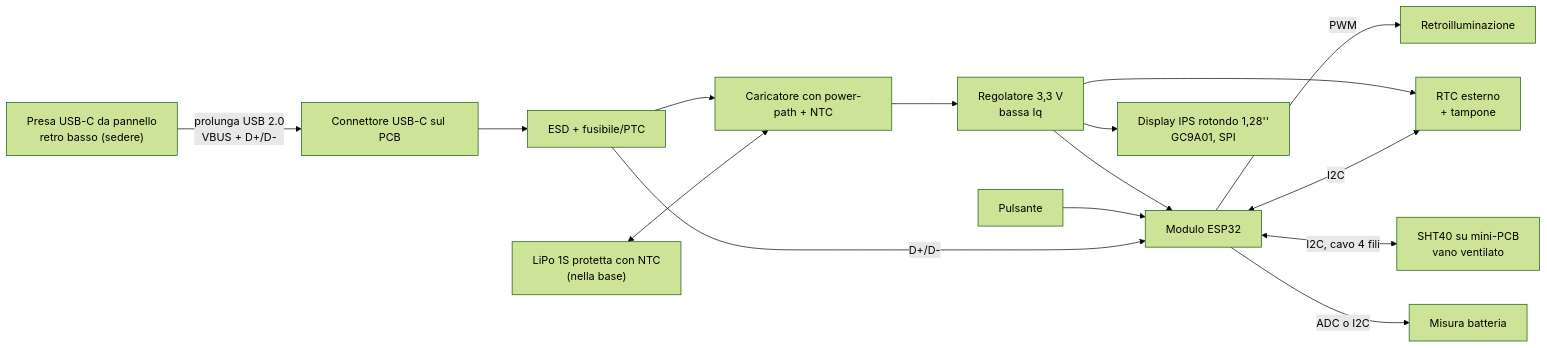
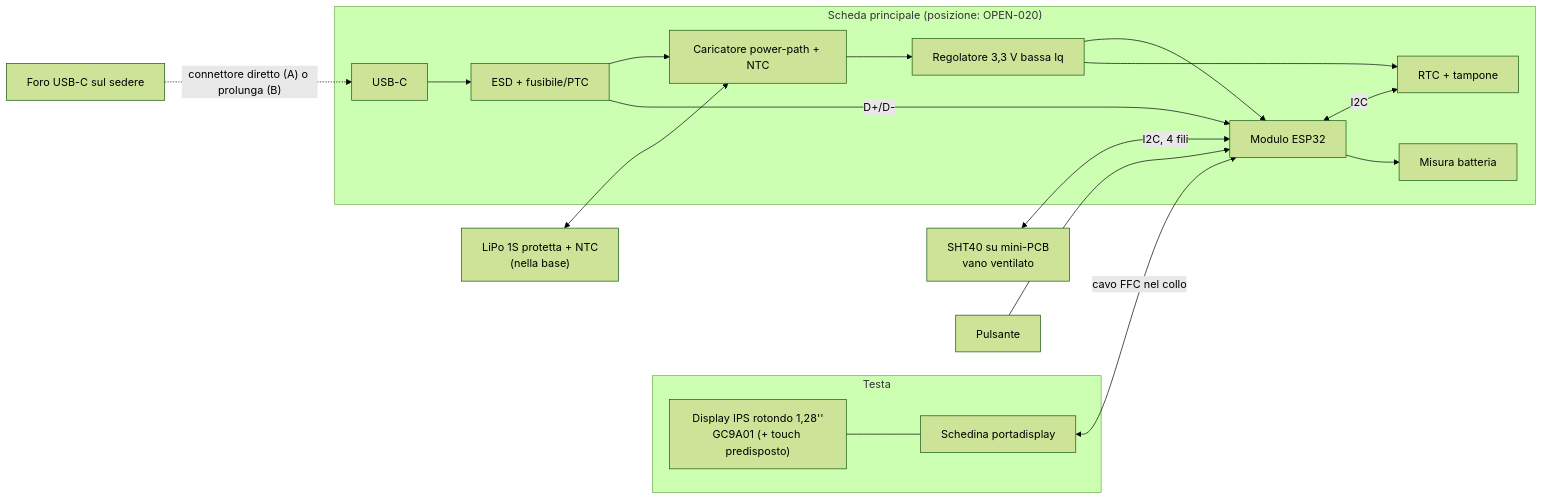
The diagram in docs/02-architettura-hardware.md (seba379/PoliClock), drawn with Mermaid (forest theme) before and after one commit. The commit also changed other lines of this file and 13 other files, not shown here.

First line of the commit message:
docs: split main PCB from display and record toolchain (v0.4)

````diff
--- a/docs/02-architettura-hardware.md
+++ b/docs/02-architettura-hardware.md
@@ -17,17 +25,27 @@
 ```mermaid
 flowchart LR
-    USB["Presa USB-C da pannello<br/>retro basso (sedere)"] -->|"prolunga USB 2.0<br/>VBUS + D+/D-"| CONN["Connettore USB-C sul PCB"]
-    CONN --> ESD["ESD + fusibile/PTC"]
-    ESD --> CHG["Caricatore con power-path + NTC"]
-    BAT["LiPo 1S protetta con NTC<br/>(nella base)"] <--> CHG
-    CHG --> REG["Regolatore 3,3 V<br/>bassa Iq"]
-    REG --> MCU["Modulo ESP32"]
-    REG --> RTC["RTC esterno<br/>+ tampone"]
-    REG --> DISP["Display IPS rotondo 1,28''<br/>GC9A01, SPI"]
-    MCU -->|"PWM"| BL["Retroilluminazione"]
-    MCU <-->|"I2C"| RTC
-    MCU <-->|"I2C, cavo 4 fili"| SHT["SHT40 su mini-PCB<br/>vano ventilato"]
-    MCU -->|"ADC o I2C"| BMON["Misura batteria"]
+    subgraph HEAD["Testa"]
+        DISP["Display IPS rotondo 1,28''<br/>GC9A01 (+ touch predisposto)"]
+        CARR["Schedina portadisplay"]
+        DISP --- CARR
+    end
+    subgraph MAIN["Scheda principale (posizione: OPEN-020)"]
+        CONN["USB-C"]
+        ESD["ESD + fusibile/PTC"]
+        CHG["Caricatore power-path + NTC"]
+        REG["Regolatore 3,3 V bassa Iq"]
+        MCU["Modulo ESP32"]
+        RTC["RTC + tampone"]
+        BMON["Misura batteria"]
+        CONN --> ESD --> CHG --> REG --> MCU
+        REG --> RTC
+        ESD -->|"D+/D-"| MCU
+        MCU <-->|"I2C"| RTC
+        MCU --> BMON
+    end
+    USB["Foro USB-C sul sedere"] -.->|"connettore diretto (A) o prolunga (B)"| CONN
+    BAT["LiPo 1S protetta + NTC<br/>(nella base)"] <--> CHG
+    CARR <-->|"cavo FFC nel collo"| MCU
+    SHT["SHT40 su mini-PCB<br/>vano ventilato"] <-->|"I2C, 4 fili"| MCU
     BTN["Pulsante"] --> MCU
-    ESD -->|"D+/D-"| MCU
 ```
````
